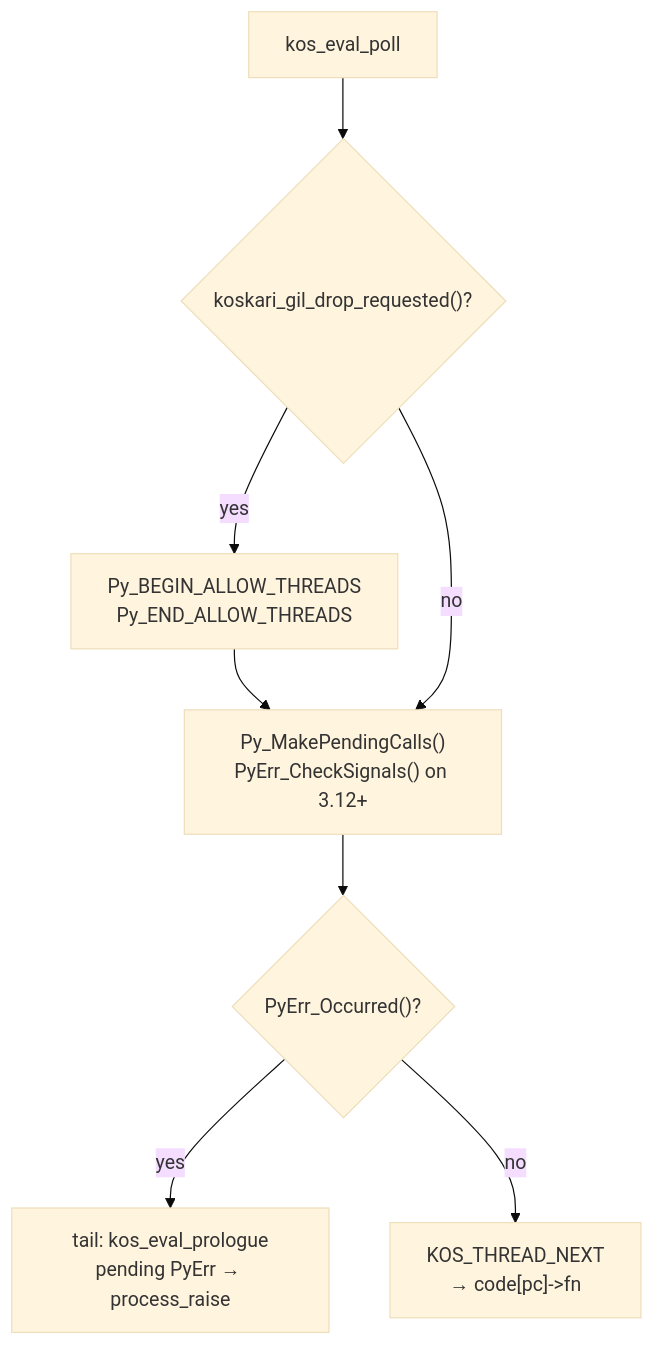
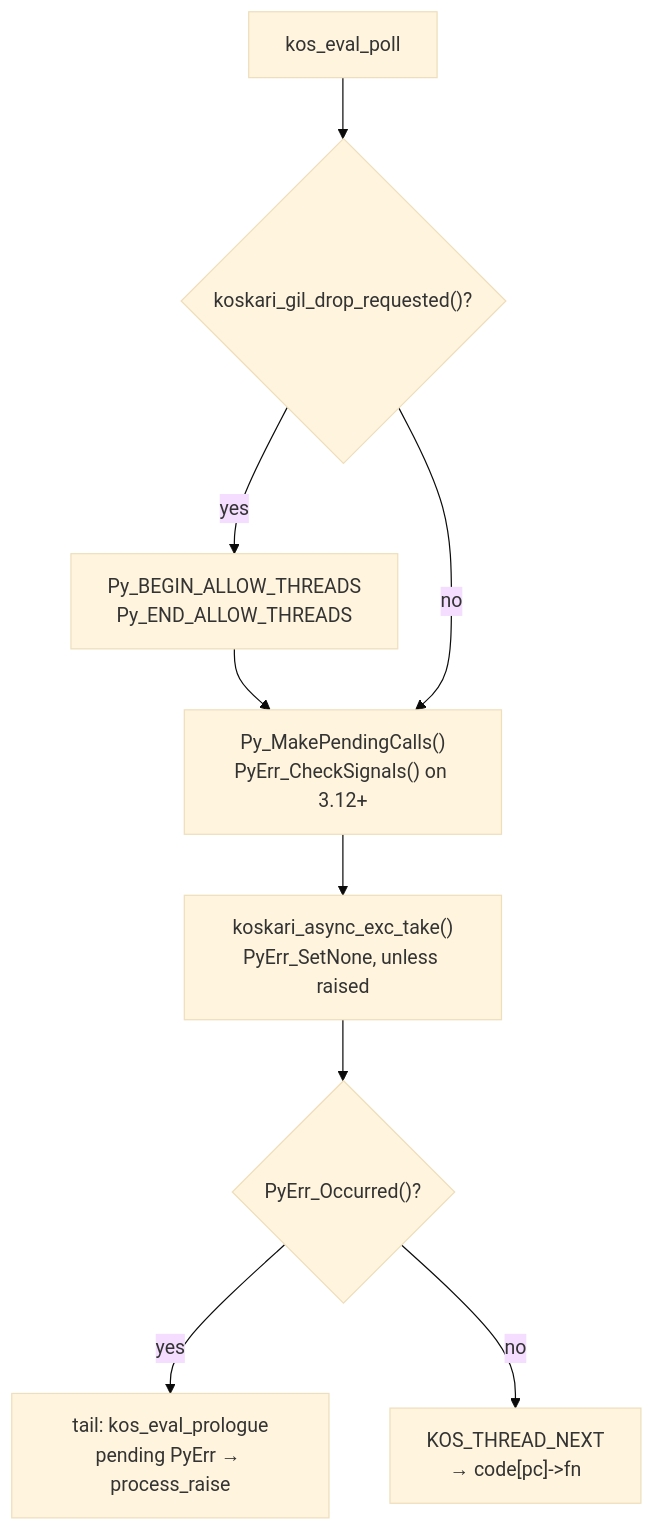
One commit to koskari-lang/koskari changed the second of 12 diagrams in design/EVALUATOR.md. Above: the diagram before and after it, drawn with Mermaid (base theme). The commit also changed other lines of this file and 11 other files, not shown here.

````diff
--- a/design/EVALUATOR.md
+++ b/design/EVALUATOR.md
@@ -219,17 +219,18 @@
 ```mermaid
 flowchart TD
     poll["kos_eval_poll"]
     drop{"koskari_gil_drop_requested()?"}
     gil["Py_BEGIN_ALLOW_THREADS<br/>Py_END_ALLOW_THREADS"]
     sig["Py_MakePendingCalls()<br/>PyErr_CheckSignals() on 3.12+"]
+    asx["koskari_async_exc_take()<br/>PyErr_SetNone, unless raised"]
     raised{"PyErr_Occurred()?"}
     pro["tail: kos_eval_prologue<br/>pending PyErr → process_raise"]
     dispatch["KOS_THREAD_NEXT<br/>→ code[pc]->fn"]
 
     poll --> drop
     drop -->|yes| gil --> sig
     drop -->|no| sig
-    sig --> raised
+    sig --> asx --> raised
     raised -->|yes| pro
     raised -->|no| dispatch
 ```
````
